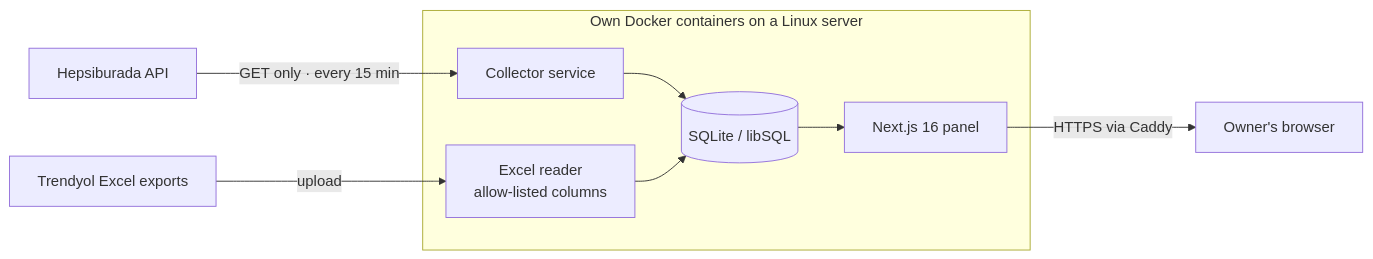
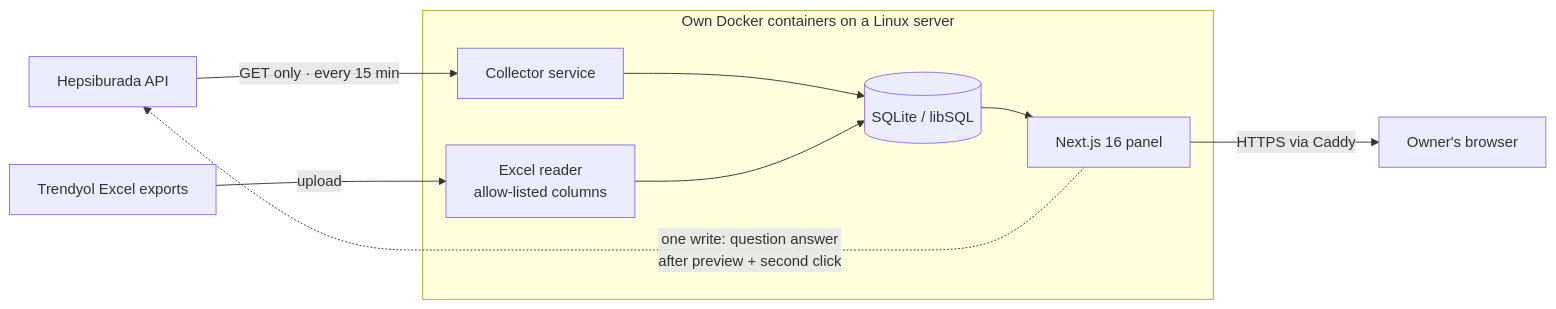
The diagram in README.md (aeg58/fermente-panel-case-study), drawn with Mermaid before and after one commit. The commit also changed other lines of this file, not shown here.

Commit message:
Update to v0.24.0-rc.1: replace read-only claim with the one approved write, add security testing (measured 6 Nov 2026)

````diff
--- a/README.md
+++ b/README.md
@@ -91,15 +92,16 @@
 ```mermaid
 flowchart LR
     HB[Hepsiburada API] -->|GET only · every 15 min| T[Collector service]
     TYX[Trendyol Excel exports] -->|upload| X[Excel reader<br/>allow-listed columns]
     T --> DB[(SQLite / libSQL)]
     X --> DB
     DB --> P[Next.js 16 panel]
     P -->|HTTPS via Caddy| O[Owner's browser]
+    P -.->|one write: question answer<br/>after preview + second click| HB
     subgraph Server[Own Docker containers on a Linux server]
       T
       X
       DB
       P
     end
 ```
````
